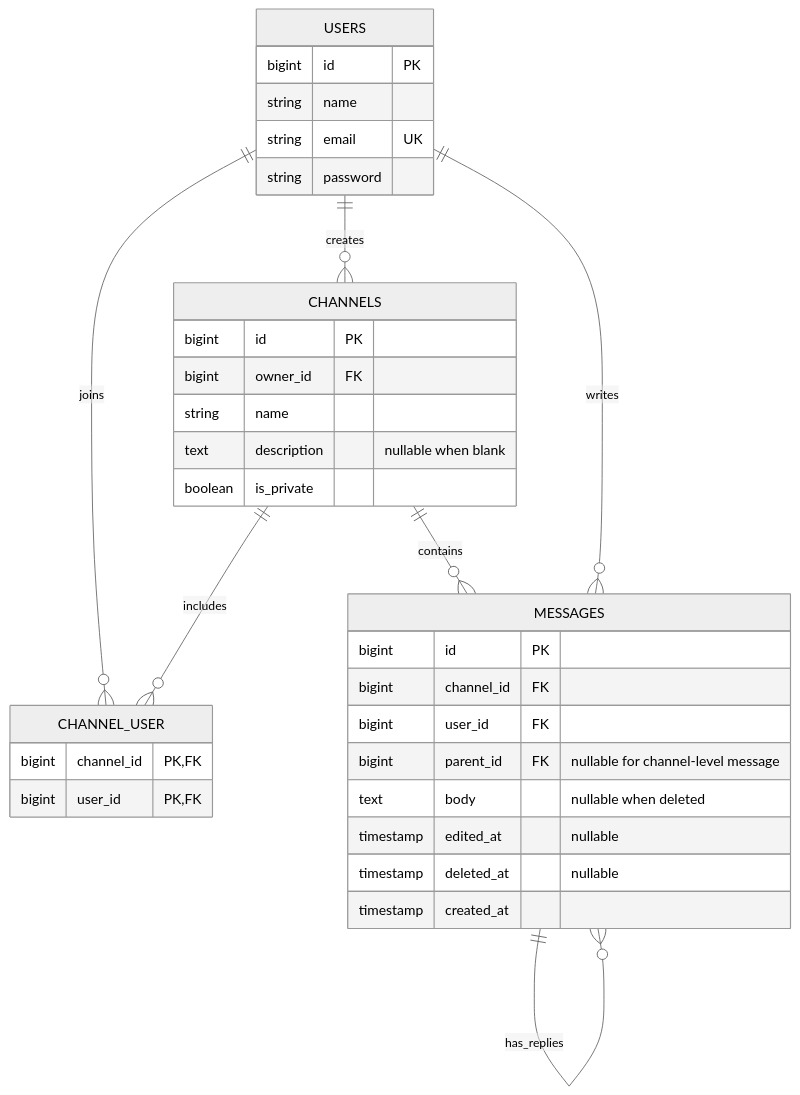
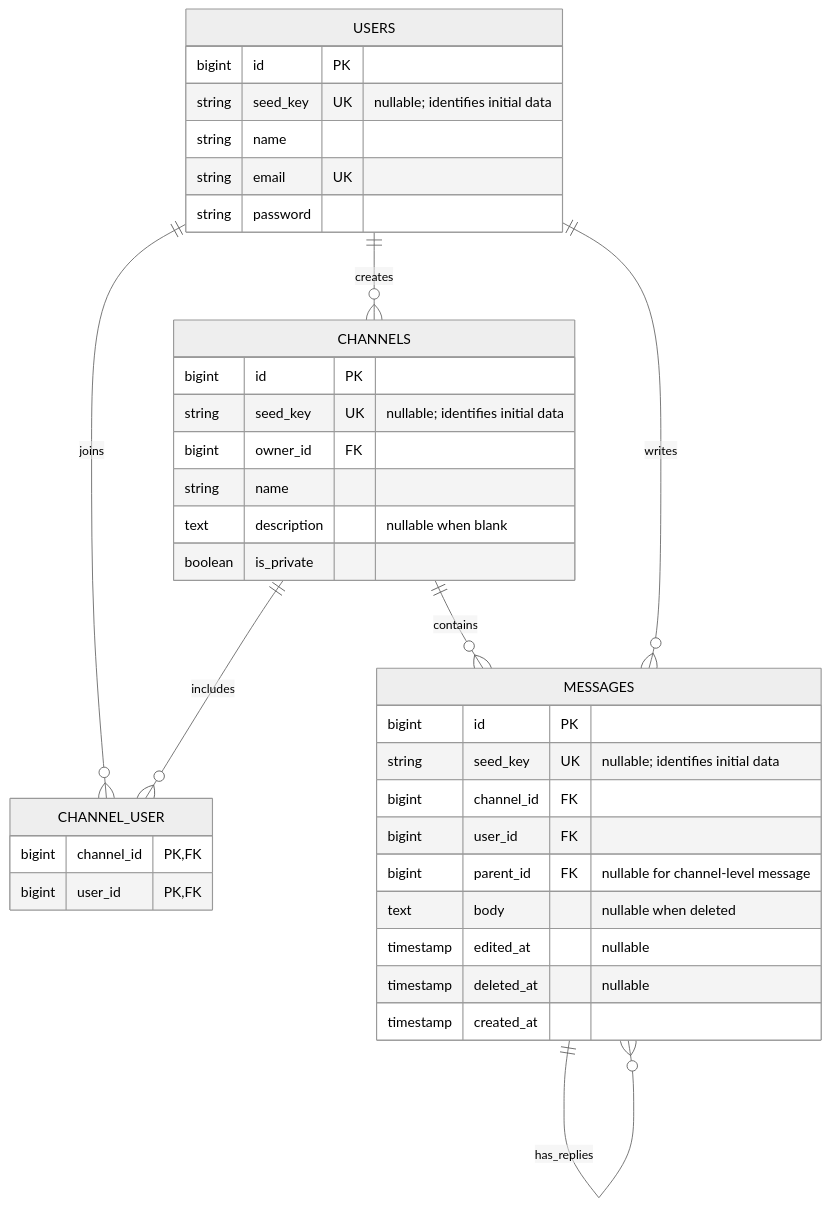
Before and after one commit to 339-kojima/teamchat-app: the diagram in docs/design/data.md, drawn with Mermaid (neutral theme). The commit also changed other lines of this file and 62 other files, not shown here.

````diff
--- a/docs/design/data.md
+++ b/docs/design/data.md
@@ -5,37 +5,40 @@
 ```mermaid
 erDiagram
   USERS ||--o{ CHANNELS : creates
   USERS ||--o{ CHANNEL_USER : joins
   CHANNELS ||--o{ CHANNEL_USER : includes
   CHANNELS ||--o{ MESSAGES : contains
   USERS ||--o{ MESSAGES : writes
   MESSAGES ||--o{ MESSAGES : has_replies
 
   USERS {
     bigint id PK
+    string seed_key UK "nullable; identifies initial data"
     string name
     string email UK
     string password
   }
   CHANNELS {
     bigint id PK
+    string seed_key UK "nullable; identifies initial data"
     bigint owner_id FK
     string name
     text description "nullable when blank"
     boolean is_private
   }
   CHANNEL_USER {
     bigint channel_id PK,FK
     bigint user_id PK,FK
   }
   MESSAGES {
     bigint id PK
+    string seed_key UK "nullable; identifies initial data"
     bigint channel_id FK
     bigint user_id FK
     bigint parent_id FK "nullable for channel-level message"
     text body "nullable when deleted"
     timestamp edited_at "nullable"
     timestamp deleted_at "nullable"
     timestamp created_at
   }
 ```
````
